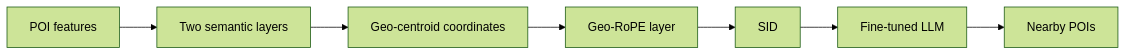
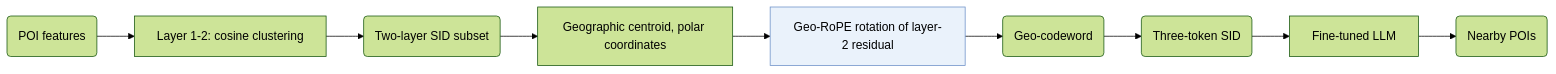
Before and after one commit to Galaxy-ghost/Awesome-SID-Generative-Rec: the diagram in notes/progeo.md, drawn with Mermaid (forest theme). The commit also changed 521 other files, not shown here.

Commit message:
writer-04 part 3: algorithm diagrams with shared shape conventions, README hero and paper cards, archive removed

````diff
--- a/notes/progeo.md
+++ b/notes/progeo.md
@@ -15,9 +15,12 @@
 ```mermaid
 flowchart LR
-    A[POI features] --> B[Two semantic layers]
-    B --> C[Geo-centroid coordinates]
-    C --> D[Geo-RoPE layer]
-    D --> E[SID]
-    E --> F[Fine-tuned LLM]
-    F --> G[Nearby POIs]
+    A("POI features") --> B["Layer 1-2: cosine clustering"]
+    B --> C("Two-layer SID subset")
+    C --> D["Geographic centroid, polar coordinates"]
+    D --> E["Geo-RoPE rotation of layer-2 residual"]:::key
+    E --> F("Geo-codeword")
+    F --> G("Three-token SID")
+    G --> H["Fine-tuned LLM"]
+    H --> I("Nearby POIs")
+    classDef key fill:#eaf2fb,stroke:#6b8fc7
 ```
````
